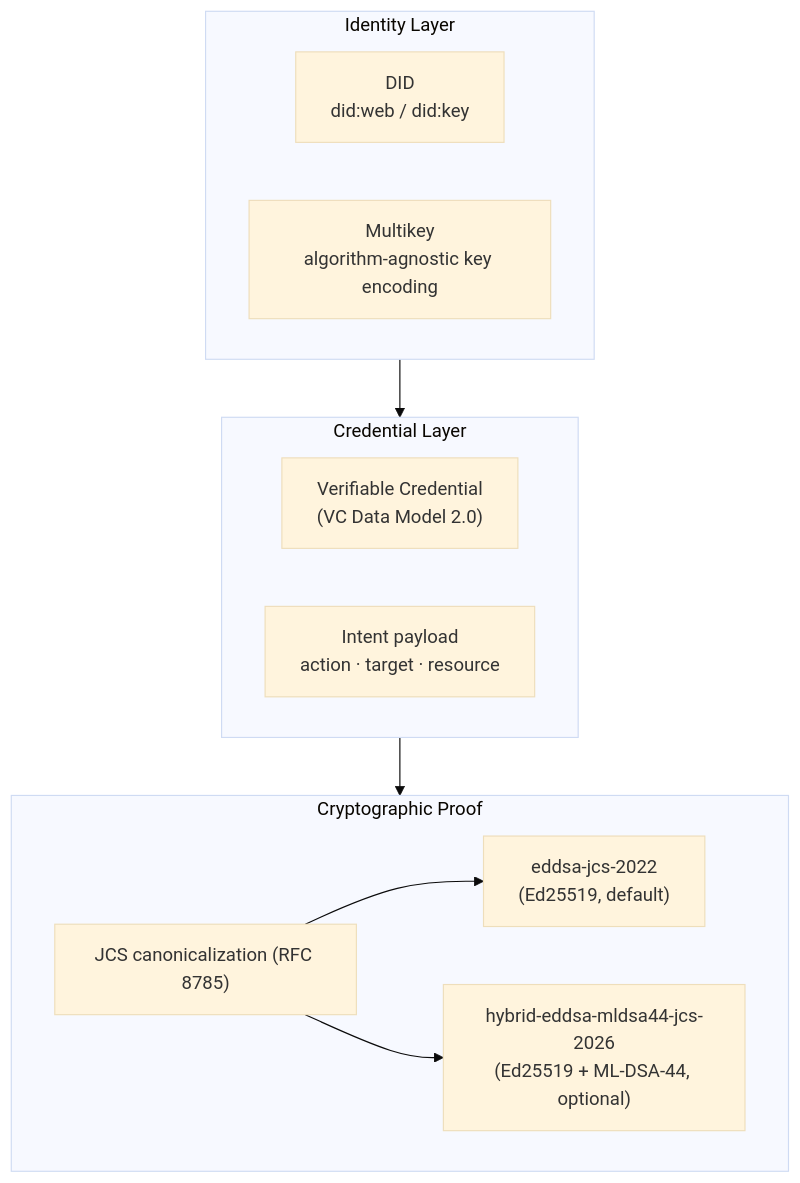
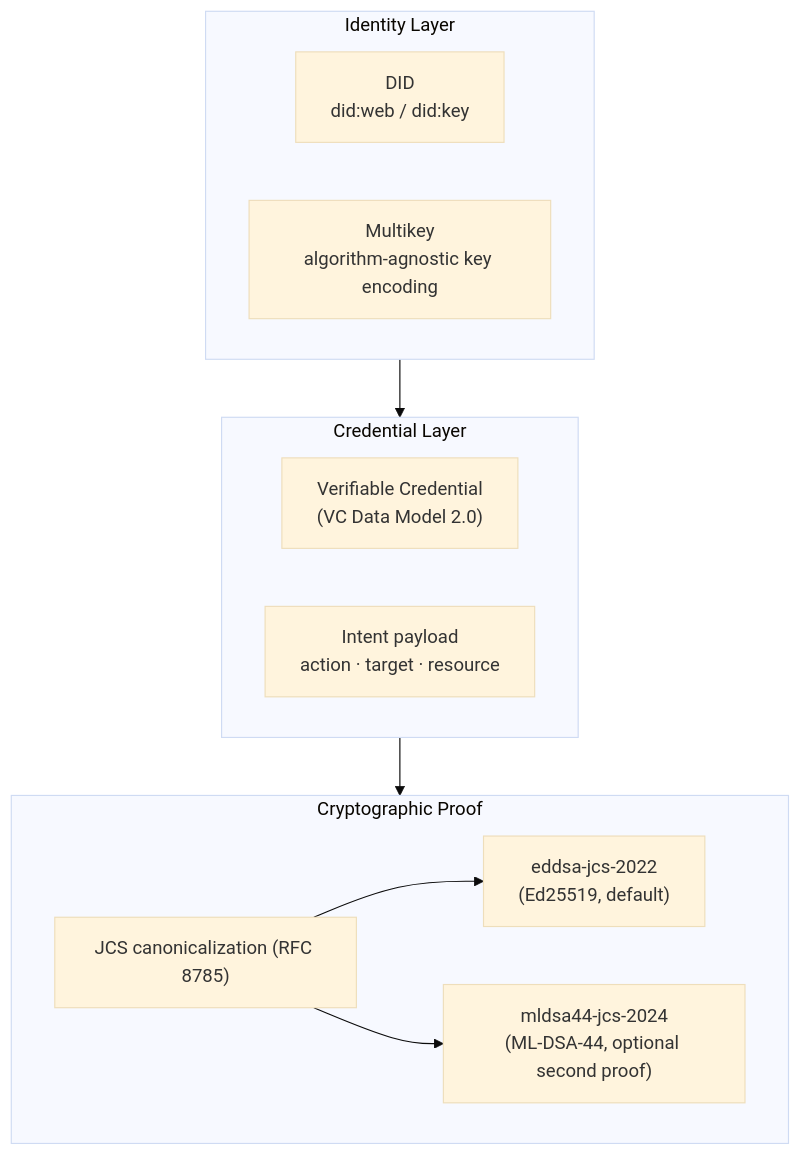
Before and after one commit to vouch-protocol/vouch: the second of 2 diagrams in README.md, drawn with Mermaid (base theme). The commit also changed other lines of this file and 111 other files, not shown here.

````diff
--- a/README.md
+++ b/README.md
@@ -199,20 +199,20 @@
 ```mermaid
 flowchart TB
   subgraph IDENTITY["Identity Layer"]
     DID["DID<br/>did:web / did:key"]
     MK["Multikey<br/>algorithm-agnostic key encoding"]
   end
   subgraph FORMAT["Credential Layer"]
     VC["Verifiable Credential<br/>(VC Data Model 2.0)"]
     INTENT["Intent payload<br/>action · target · resource"]
   end
   subgraph CRYPTO["Cryptographic Proof"]
     JCS["JCS canonicalization (RFC 8785)"]
     DEFAULT["eddsa-jcs-2022<br/>(Ed25519, default)"]
-    HYBRID["hybrid-eddsa-mldsa44-jcs-2026<br/>(Ed25519 + ML-DSA-44, optional)"]
+    PQ["mldsa44-jcs-2024<br/>(ML-DSA-44, optional second proof)"]
   end
   IDENTITY --> FORMAT
   FORMAT --> CRYPTO
   JCS --> DEFAULT
-  JCS --> HYBRID
+  JCS --> PQ
 ```
````
